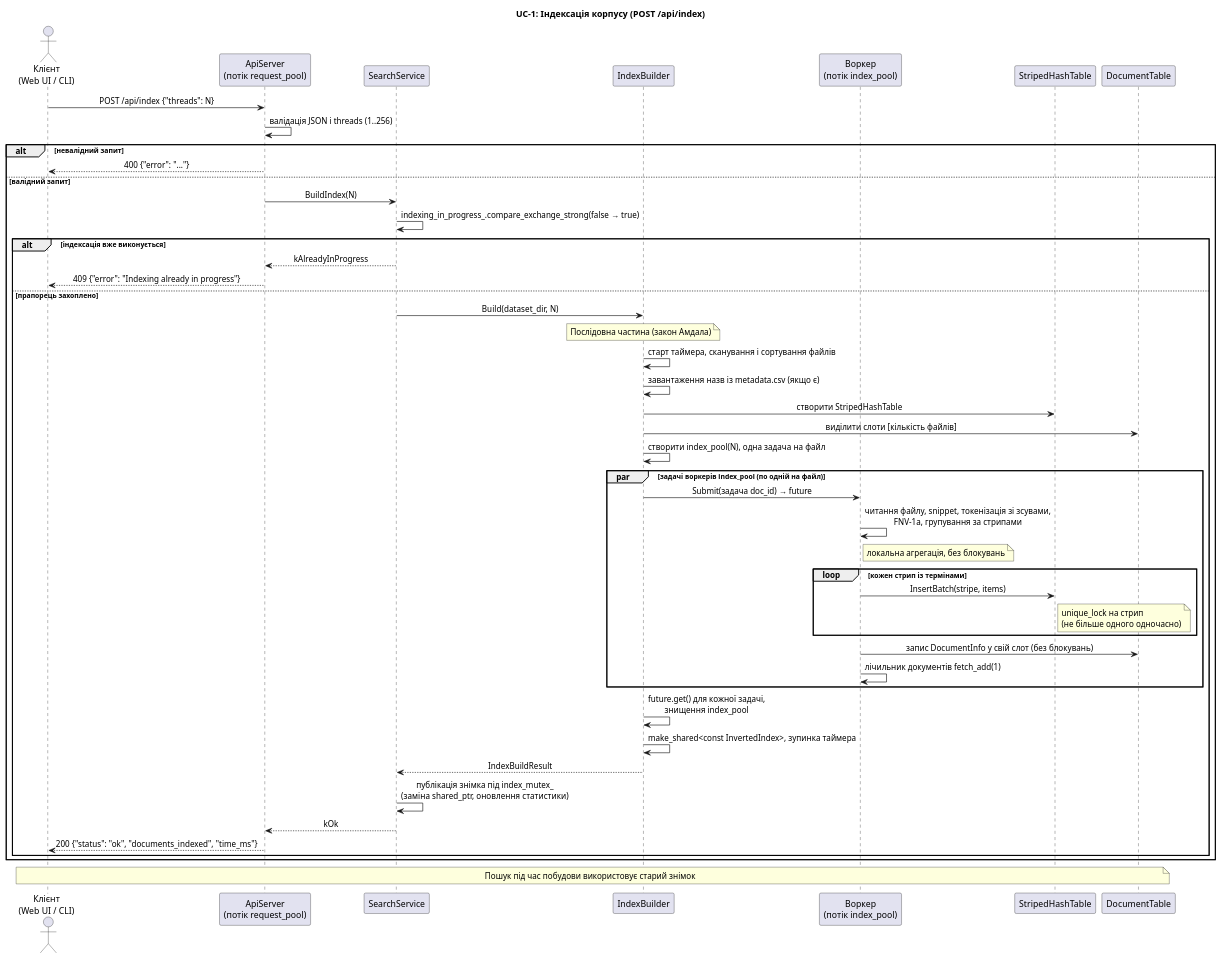
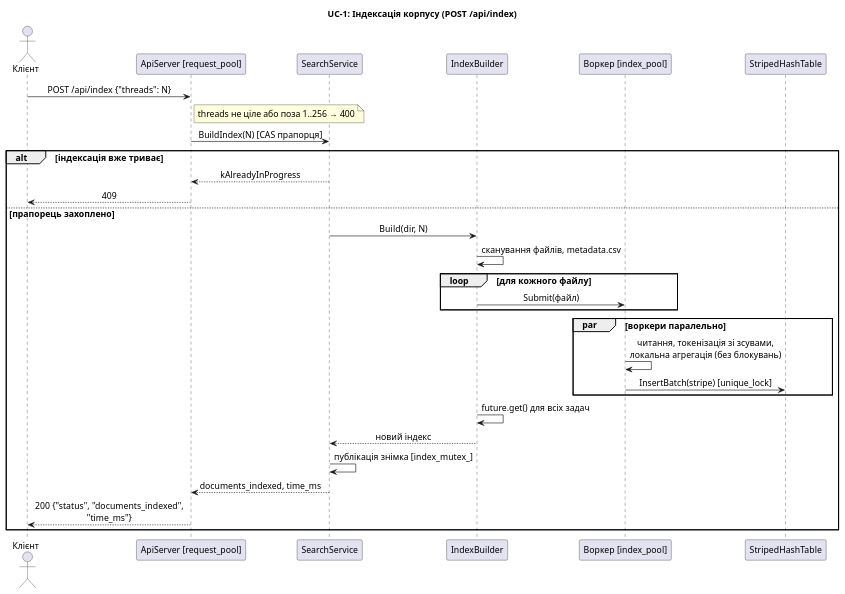
The diagram in docs/uml/sequence_uc1_index.puml (DariaMelnyk0206/course_work_parallel_computing), drawn with PlantUML before and after one commit. The commit also changed 18 other files, not shown here.

Commit message:
docs(uml): make all diagrams readable

```diff
--- a/docs/uml/sequence_uc1_index.puml
+++ b/docs/uml/sequence_uc1_index.puml
@@ -1,51 +1,35 @@
 @startuml sequence_uc1_index
 title UC-1: Індексація корпусу (POST /api/index)
 skinparam shadowing false
 skinparam sequenceMessageAlign center
-actor "Клієнт\n(Web UI / CLI)" as Client
-participant "ApiServer\n(потік request_pool)" as Api
-participant SearchService as Svc
-participant IndexBuilder as Builder
-participant "Воркер\n(потік index_pool)" as Worker
-participant StripedHashTable as Table
-participant DocumentTable as Docs
-
-Client -> Api : POST /api/index {"threads": N}
-Api -> Api : валідація JSON і threads (1..256)
-alt невалідний запит
-  Api --> Client : 400 {"error": "..."}
-else валідний запит
-  Api -> Svc : BuildIndex(N)
-  Svc -> Svc : indexing_in_progress_.compare_exchange_strong(false → true)
-  alt індексація вже виконується
-    Svc --> Api : kAlreadyInProgress
-    Api --> Client : 409 {"error": "Indexing already in progress"}
-  else прапорець захоплено
-    Svc -> Builder : Build(dataset_dir, N)
-    note over Builder : Послідовна частина (закон Амдала)
-    Builder -> Builder : старт таймера, сканування і сортування файлів
-    Builder -> Builder : завантаження назв із metadata.csv (якщо є)
-    Builder -> Table : створити StripedHashTable
-    Builder -> Docs : виділити слоти [кількість файлів]
-    Builder -> Builder : створити index_pool(N), одна задача на файл
-    par задачі воркерів index_pool (по одній на файл)
-      Builder -> Worker : Submit(задача doc_id) → future
-      Worker -> Worker : читання файлу, snippet, токенізація зі зсувами,\nFNV-1a, групування за стрипами
-      note right of Worker : локальна агрегація, без блокувань
-      loop кожен стрип із термінами
-        Worker -> Table : InsertBatch(stripe, items)
-        note right of Table : unique_lock на стрип\n(не більше одного одночасно)
-      end
-      Worker -> Docs : запис DocumentInfo у свій слот (без блокувань)
-      Worker -> Worker : лічильник документів fetch_add(1)
-    end
-    Builder -> Builder : future.get() для кожної задачі,\nзнищення index_pool
-    Builder -> Builder : make_shared<const InvertedIndex>, зупинка таймера
-    Builder --> Svc : IndexBuildResult
-    Svc -> Svc : публікація знімка під index_mutex_\n(заміна shared_ptr, оновлення статистики)
-    Svc --> Api : kOk
-    Api --> Client : 200 {"status": "ok", "documents_indexed", "time_ms"}
+skinparam defaultFontSize 14
+skinparam maxMessageSize 260
+actor "Клієнт" as C
+participant "ApiServer [request_pool]" as A
+participant SearchService as S
+participant IndexBuilder as B
+participant "Воркер [index_pool]" as W
+participant StripedHashTable as T
+C -> A : POST /api/index {"threads": N}
+note right of A : threads не ціле або поза 1..256 → 400
+A -> S : BuildIndex(N) [CAS прапорця]
+alt індексація вже триває
+  S --> A : kAlreadyInProgress
+  A --> C : 409
+else прапорець захоплено
+  S -> B : Build(dir, N)
+  B -> B : сканування файлів, metadata.csv
+  loop для кожного файлу
+    B -> W : Submit(файл)
   end
+  par воркери паралельно
+    W -> W : читання, токенізація зі зсувами,\nлокальна агрегація (без блокувань)
+    W -> T : InsertBatch(stripe) [unique_lock]
+  end
+  B -> B : future.get() для всіх задач
+  B --> S : новий індекс
+  S -> S : публікація знімка [index_mutex_]
+  S --> A : documents_indexed, time_ms
+  A --> C : 200 {"status", "documents_indexed", "time_ms"}
 end
-note over Client, Docs : Пошук під час побудови використовує старий знімок
 @enduml
```
